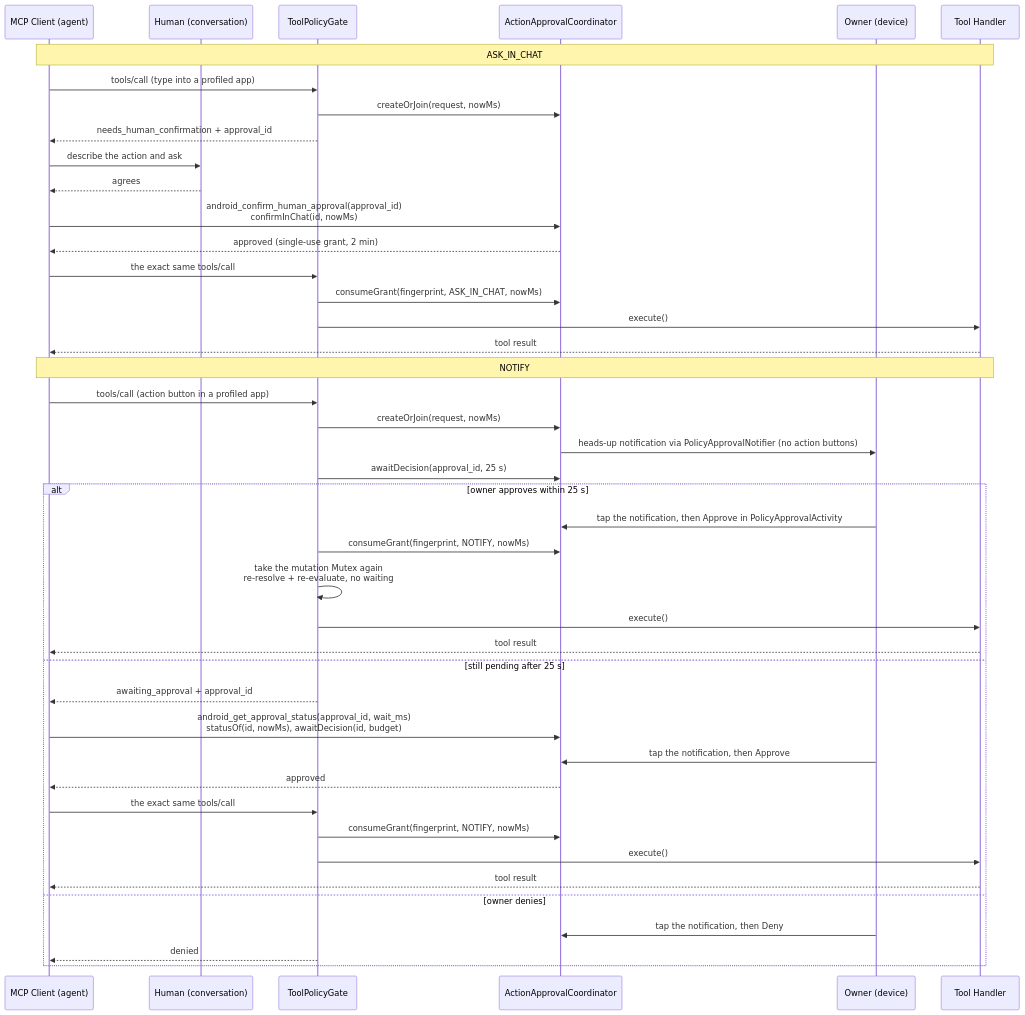
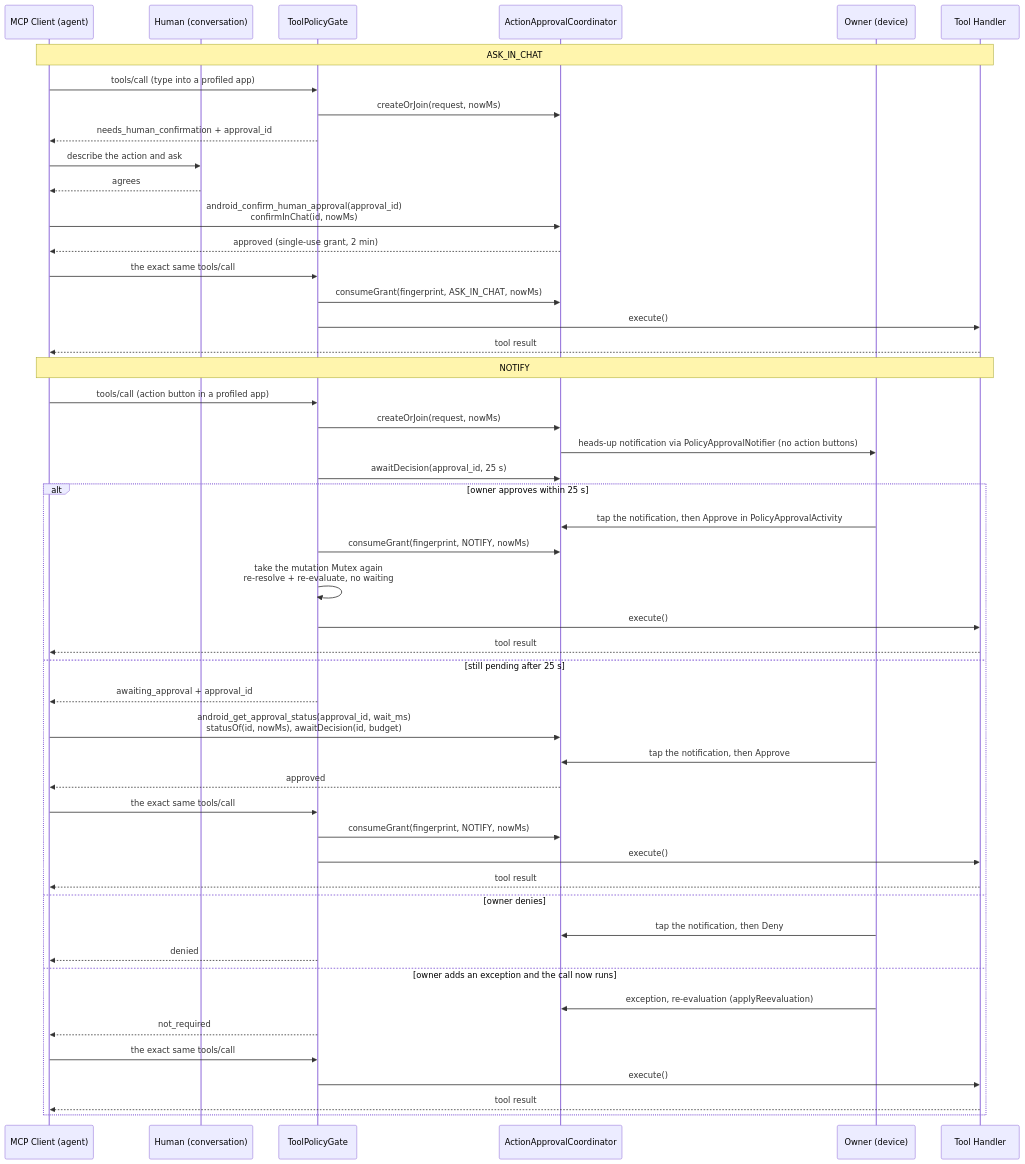
One commit to mlandolfi90/Lucky-Tool-Android changed the fourth of 7 diagrams in docs/ARCHITECTURE.md. Above: the diagram before and after it, drawn with Mermaid. The commit also changed other lines of this file and 3 other files, not shown here.

First line of the commit message:
docs: document the expired, not_required and already_used approval statuses

````diff
--- a/docs/ARCHITECTURE.md
+++ b/docs/ARCHITECTURE.md
@@ -287,47 +290,53 @@
 ```mermaid
 sequenceDiagram
     participant A as MCP Client (agent)
     participant H as Human (conversation)
     participant G as ToolPolicyGate
     participant C as ActionApprovalCoordinator
     participant O as Owner (device)
     participant T as Tool Handler
 
     Note over A,T: ASK_IN_CHAT
     A->>G: tools/call (type into a profiled app)
     G->>C: createOrJoin(request, nowMs)
     G-->>A: needs_human_confirmation + approval_id
     A->>H: describe the action and ask
     H-->>A: agrees
     A->>C: android_confirm_human_approval(approval_id)<br/>confirmInChat(id, nowMs)
     C-->>A: approved (single-use grant, 2 min)
     A->>G: the exact same tools/call
     G->>C: consumeGrant(fingerprint, ASK_IN_CHAT, nowMs)
     G->>T: execute()
     T-->>A: tool result
 
     Note over A,T: NOTIFY
     A->>G: tools/call (action button in a profiled app)
     G->>C: createOrJoin(request, nowMs)
     C->>O: heads-up notification via PolicyApprovalNotifier (no action buttons)
     G->>C: awaitDecision(approval_id, 25 s)
     alt owner approves within 25 s
         O->>C: tap the notification, then Approve in PolicyApprovalActivity
         G->>C: consumeGrant(fingerprint, NOTIFY, nowMs)
         G->>G: take the mutation Mutex again<br/>re-resolve + re-evaluate, no waiting
         G->>T: execute()
         T-->>A: tool result
     else still pending after 25 s
         G-->>A: awaiting_approval + approval_id
         A->>C: android_get_approval_status(approval_id, wait_ms)<br/>statusOf(id, nowMs), awaitDecision(id, budget)
         O->>C: tap the notification, then Approve
         C-->>A: approved
         A->>G: the exact same tools/call
         G->>C: consumeGrant(fingerprint, NOTIFY, nowMs)
         G->>T: execute()
         T-->>A: tool result
     else owner denies
         O->>C: tap the notification, then Deny
         G-->>A: denied
+    else owner adds an exception and the call now runs
+        O->>C: exception, re-evaluation (applyReevaluation)
+        G-->>A: not_required
+        A->>G: the exact same tools/call
+        G->>T: execute()
+        T-->>A: tool result
     end
 ```
````
